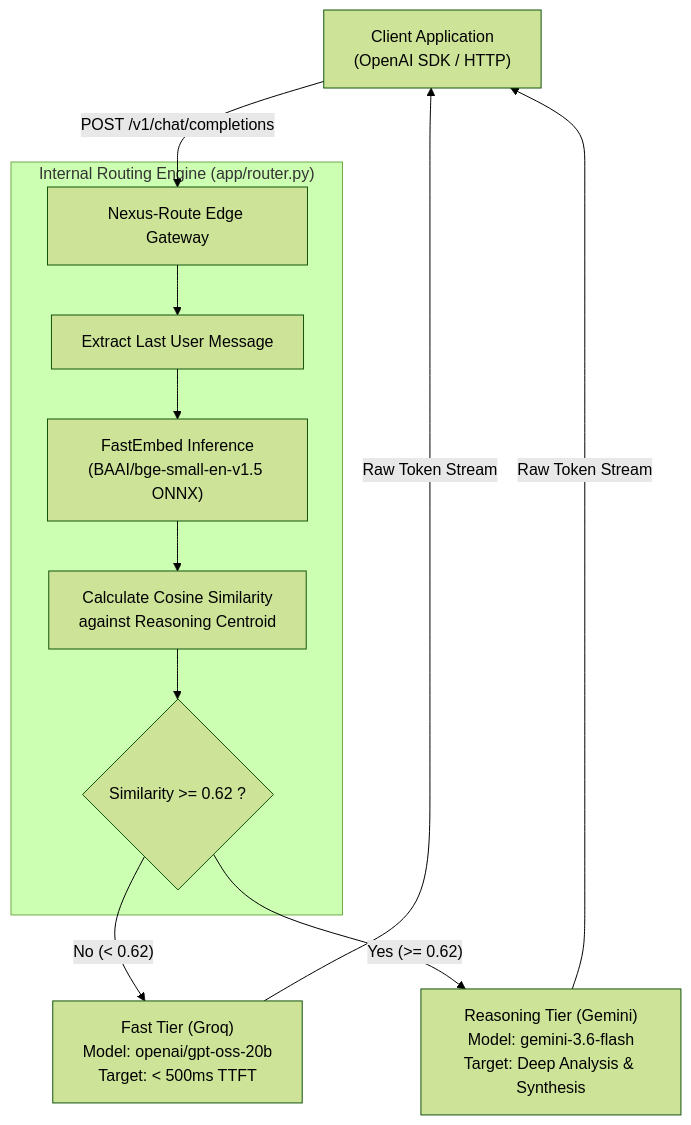
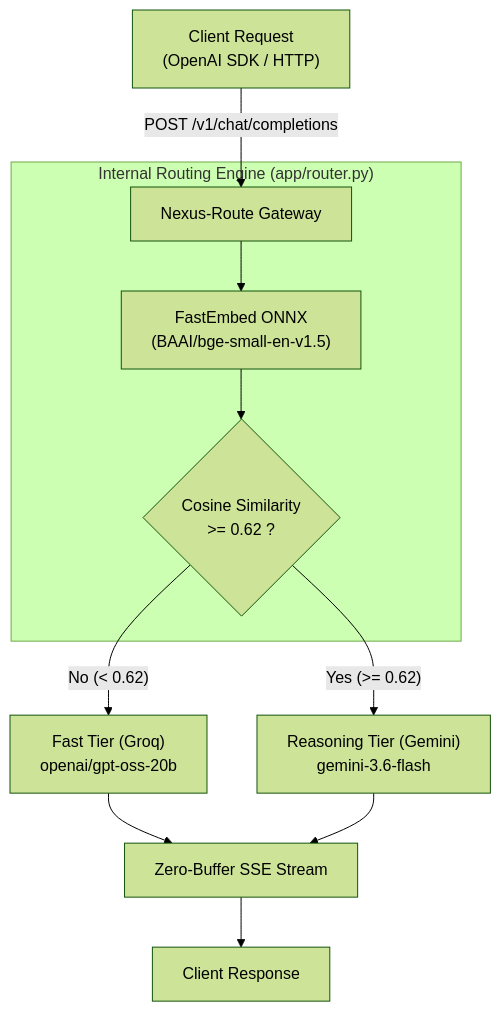
Before and after one commit to Ash19820/nexus-route: the diagram in README.md, drawn with Mermaid (forest theme).

Commit message:
docs: streamline architecture flowchart to eliminate circular wire loops

````diff
--- a/README.md
+++ b/README.md
@@ -52,17 +52,16 @@
 ```mermaid
 flowchart TD
-    Client["Client Application<br/>(OpenAI SDK / HTTP)"] -->|POST /v1/chat/completions| GW["Nexus-Route Edge Gateway"]
+    Client["Client Request<br/>(OpenAI SDK / HTTP)"] -->|POST /v1/chat/completions| GW["Nexus-Route Gateway"]
 
     subgraph Internal ["Internal Routing Engine (app/router.py)"]
-        GW --> Extract["Extract Last User Message"]
-        Extract --> Embed["FastEmbed Inference<br/>(BAAI/bge-small-en-v1.5 ONNX)"]
-        Embed --> Cosine["Calculate Cosine Similarity<br/>against Reasoning Centroid"]
-        Cosine --> Threshold{"Similarity >= 0.62 ?"}
+        GW --> Embed["FastEmbed ONNX<br/>(BAAI/bge-small-en-v1.5)"]
+        Embed --> Score{"Cosine Similarity<br/>>= 0.62 ?"}
     end
 
-    Threshold -->|"No (< 0.62)"| Fast["Fast Tier (Groq)<br/>Model: openai/gpt-oss-20b<br/>Target: &lt; 500ms TTFT"]
-    Threshold -->|"Yes (>= 0.62)"| Reason["Reasoning Tier (Gemini)<br/>Model: gemini-3.6-flash<br/>Target: Deep Analysis & Synthesis"]
+    Score -->|"No (< 0.62)"| Fast["Fast Tier (Groq)<br/>openai/gpt-oss-20b"]
+    Score -->|"Yes (>= 0.62)"| Reason["Reasoning Tier (Gemini)<br/>gemini-3.6-flash"]
 
-    Fast -->|Raw Token Stream| Client
-    Reason -->|Raw Token Stream| Client
+    Fast --> Stream["Zero-Buffer SSE Stream"]
+    Reason --> Stream
+    Stream --> ClientResp["Client Response"]
 ```
````
